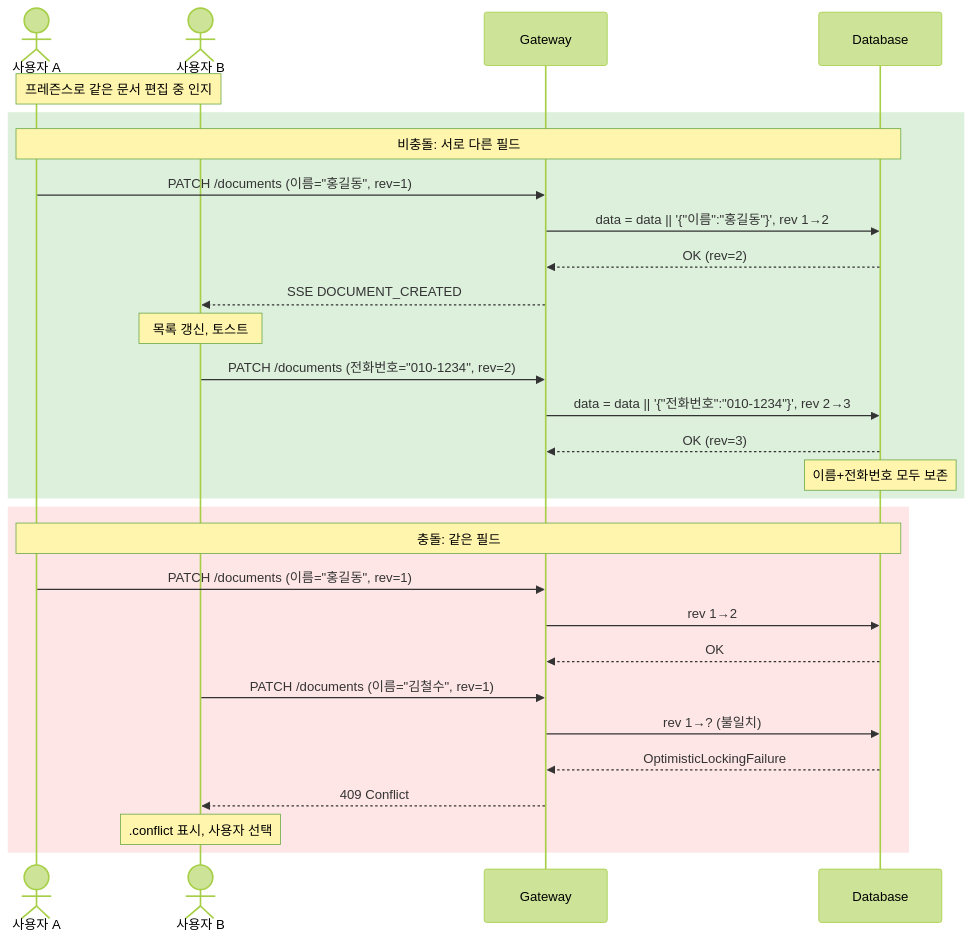
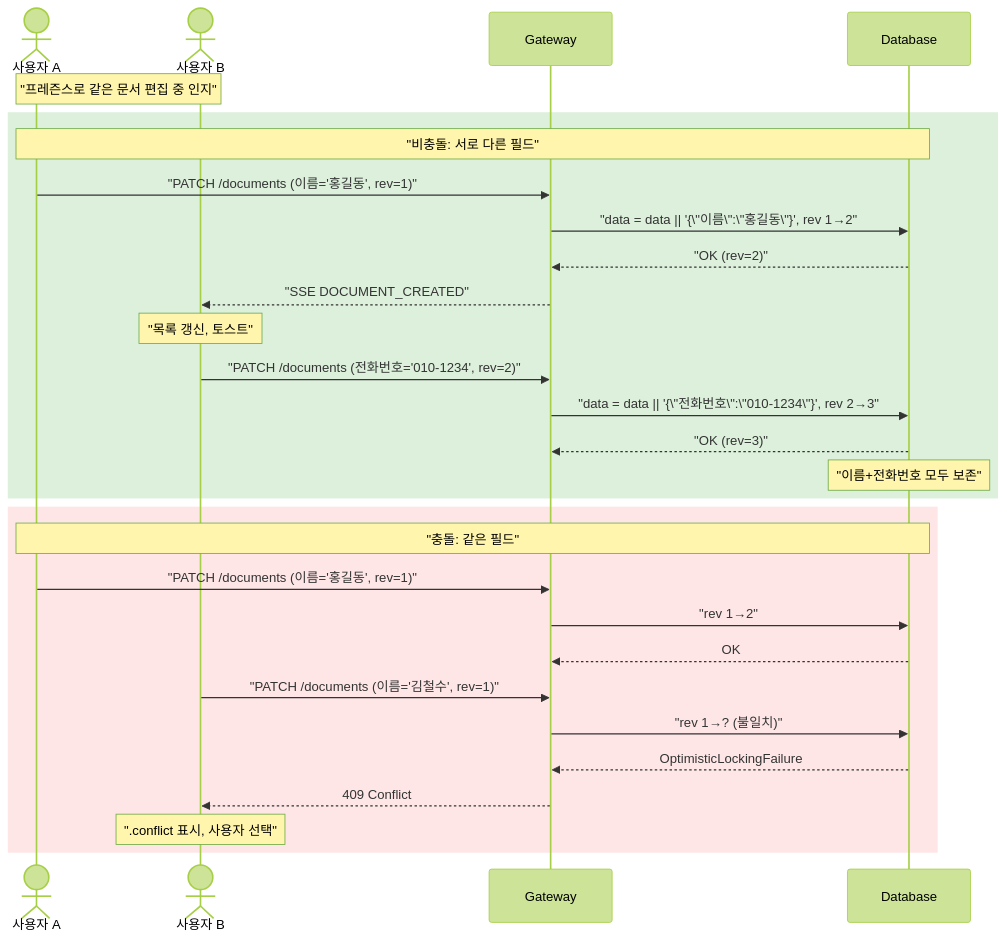
Before and after one commit to sayaya1090/handbook: diagram 13 of 25 in docs/usecases.md, drawn with Mermaid (forest theme). The commit also changed other lines of this file and 22 other files, not shown here.

First line of the commit message:
docs: Mermaid 다이어그램 렌더링 오류 수정을 위한 구문 전수 교정

````diff
--- a/docs/usecases.md
+++ b/docs/usecases.md
@@ -1083,36 +1083,36 @@
 ```mermaid
 sequenceDiagram
     actor A as 사용자 A
     actor B as 사용자 B
     participant GW as Gateway
     participant DB as Database
 
-    Note over A,B: 프레즌스로 같은 문서 편집 중 인지
+    Note over A,B: "프레즌스로 같은 문서 편집 중 인지"
 
     rect rgb(220, 240, 220)
-        Note over A,DB: 비충돌: 서로 다른 필드
-        A->>GW: PATCH /documents (이름="홍길동", rev=1)
-        GW->>DB: data = data || '{"이름":"홍길동"}', rev 1→2
-        DB-->>GW: OK (rev=2)
-        GW-->>B: SSE DOCUMENT_CREATED
-        Note over B: 목록 갱신, 토스트
+        Note over A,DB: "비충돌: 서로 다른 필드"
+        A->>GW: "PATCH /documents (이름='홍길동', rev=1)"
+        GW->>DB: "data = data || '{\"이름\":\"홍길동\"}', rev 1→2"
+        DB-->>GW: "OK (rev=2)"
+        GW-->>B: "SSE DOCUMENT_CREATED"
+        Note over B: "목록 갱신, 토스트"
 
-        B->>GW: PATCH /documents (전화번호="010-1234", rev=2)
-        GW->>DB: data = data || '{"전화번호":"010-1234"}', rev 2→3
-        DB-->>GW: OK (rev=3)
-        Note over DB: 이름+전화번호 모두 보존
+        B->>GW: "PATCH /documents (전화번호='010-1234', rev=2)"
+        GW->>DB: "data = data || '{\"전화번호\":\"010-1234\"}', rev 2→3"
+        DB-->>GW: "OK (rev=3)"
+        Note over DB: "이름+전화번호 모두 보존"
     end
 
     rect rgb(255, 230, 230)
-        Note over A,DB: 충돌: 같은 필드
-        A->>GW: PATCH /documents (이름="홍길동", rev=1)
-        GW->>DB: rev 1→2
+        Note over A,DB: "충돌: 같은 필드"
+        A->>GW: "PATCH /documents (이름='홍길동', rev=1)"
+        GW->>DB: "rev 1→2"
         DB-->>GW: OK
 
-        B->>GW: PATCH /documents (이름="김철수", rev=1)
-        GW->>DB: rev 1→? (불일치)
+        B->>GW: "PATCH /documents (이름='김철수', rev=1)"
+        GW->>DB: "rev 1→? (불일치)"
         DB-->>GW: OptimisticLockingFailure
         GW-->>B: 409 Conflict
-        Note over B: .conflict 표시, 사용자 선택
+        Note over B: ".conflict 표시, 사용자 선택"
     end
 ```
````
